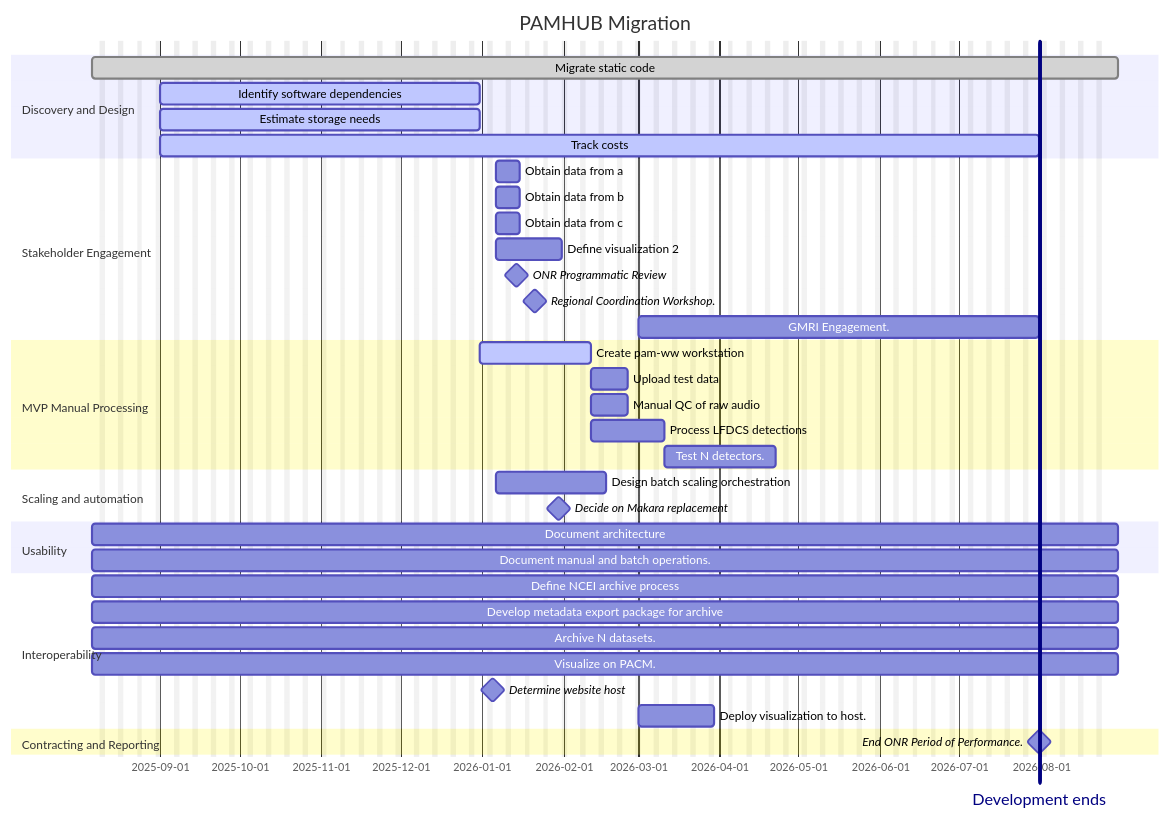
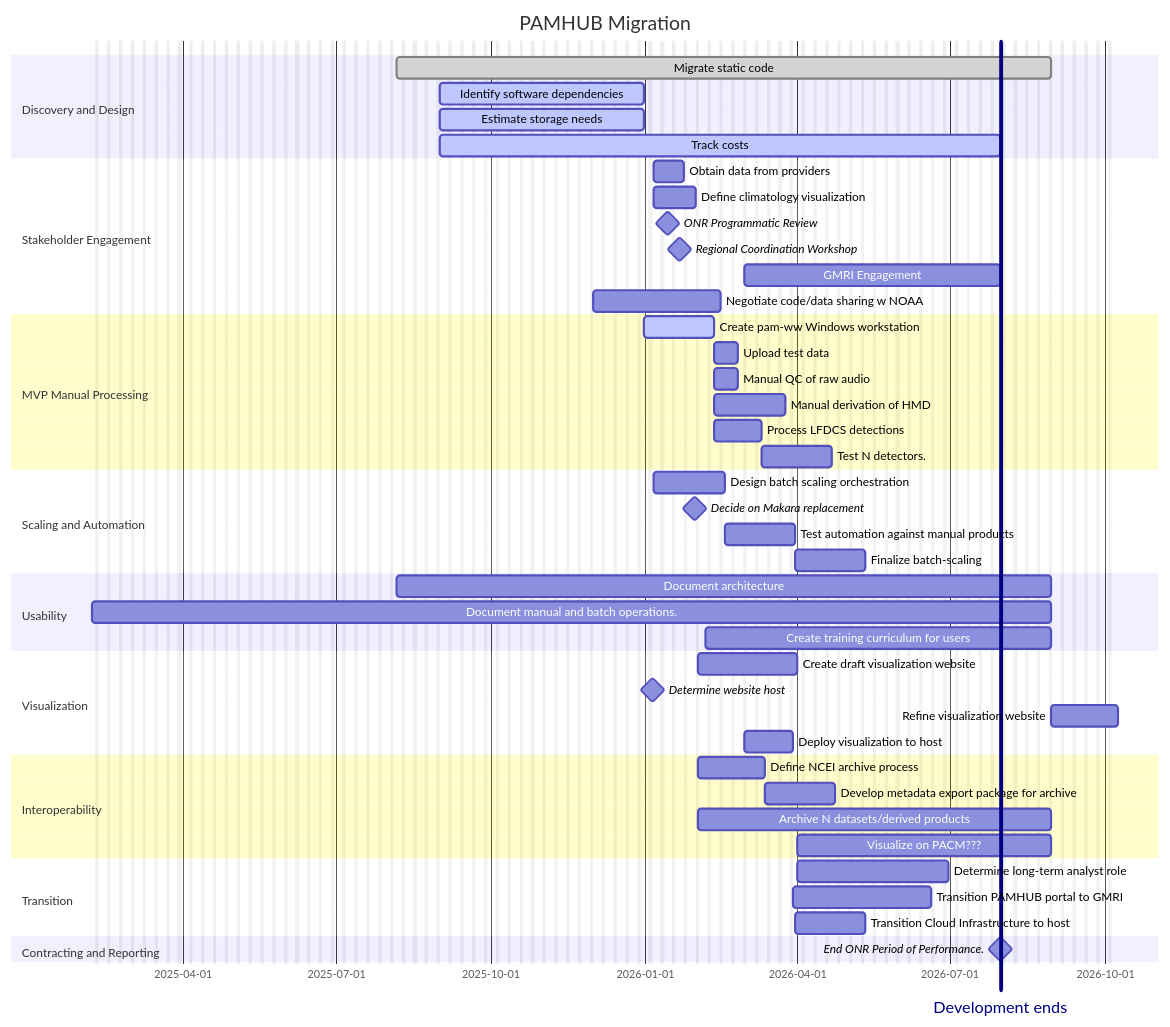
Before and after one commit to asascience-open/pam-cloud: the diagram in docs/roadmap.md, drawn with Mermaid. The commit also changed other lines of this file and 6 other files, not shown here.

````diff
--- a/docs/roadmap.md
+++ b/docs/roadmap.md
@@ -6,50 +6,62 @@
 ```mermaid
 gantt
     dateFormat  YYYY-MM-DD
     title       PAMHUB Migration
     excludes    weekends
     %% (`excludes` accepts specific dates in YYYY-MM-DD format, days of the week ("sunday") or "weekends", but not the word "weekdays".)
 
     section Discovery and Design
     Migrate static code                 :done,    dd1, 2025-08-06,2026-08-30
     Identify software dependencies      :active,  dd2, 2025-09-01, 2025-12-31
     Estimate storage needs              :active,  dd3, 2025-09-01, 2025-12-31
     Track costs                         :active,  cost, 2025-09-01, 2026-07-31
 
     section Stakeholder Engagement
-    Obtain data from a : se1, 2026-01-06,7d
-    Obtain data from b : se2, 2026-01-06,7d
-    Obtain data from c : se3, 2026-01-06,7d
-    Define visualization 2: se4, 2026-01-06, 2026-01-31
-    ONR Programmatic Review                :milestone, 2026-01-14, 0d
-    Regional Coordination Workshop.        : milestone, 2026-01-21, 0d
-    GMRI Engagement.  : se5, 2026-03-01, 2026-07-31
+    Obtain data from providers : se1, 2026-01-06,14d
+    Define climatology visualization  : se4, 2026-01-06, 2026-01-31
+    ONR Programmatic Review           :milestone, 2026-01-14, 0d
+    Regional Coordination Workshop    : milestone, 2026-01-21, 0d
+    GMRI Engagement           : se5, 2026-03-01, 2026-07-31
+    Negotiate code/data sharing w NOAA  : se6, 2025-12-01, 2026-02-15
 
     section MVP Manual Processing
-    Create pam-ww workstation               :active, man1, after dd2, 30d
+    Create pam-ww Windows workstation     :active, man1, after dd2, 30d
     Upload test data          : man2, after man1  , 10d
     Manual QC of raw audio    : man3, after man1  , 10d
+    Manual derivation of HMD  : man6, after man1, 30d
     Process LFDCS detections  : man4, after man1, 20d
     Test N detectors.         : man5, after man4, 30d
 
-    section Scaling and automation
-    Design batch scaling orchestration             :after doc1, 30d
+    section Scaling and Automation
+    Design batch scaling orchestration             :s1, after doc1, 30d
     Decide on Makara replacement      :milestone, 2026-01-30, 0d
+    Test automation against manual products : s3, after s1, 30d
+    Finalize batch-scaling    : s4, after s3, 30d
 
     section Usability
     Document architecture         : u1, 2025-08-06,2026-08-30
-    Document manual and batch operations. : 2025-08-06,2026-08-30
+    Document manual and batch operations. : u2, 2025-02-06,2026-08-30
+    Create training curriculum for users  : u3, 2026-02-06,2026-08-30
+
+    section Visualization
+    Create draft visualization website : v1, 2026-02-01, 2026-04-01
+    Determine website host : milestone, m2, 2026-01-05, 0d
+    Refine visualization website   : v2, after u3, 30d
+    Deploy visualization to host      : v3, 2026-03-01, 2026-03-30
 
     section Interoperability
-    Define NCEI archive process : 2025-08-06, 2026-08-30
-    Develop metadata export package for archive : 2025-08-06, 2026-08-30
-    Archive N datasets.  : 2025-08-06,2026-08-30
-    Visualize on PACM.   : 2025-08-06,2026-08-30
-    Determine website host : milestone, m2, 2026-01-05, 0d
-    Deploy visualization to host.      : 2026-03-01, 2026-03-30
+    Define NCEI archive process : i1, 2026-02-01, 30d
+    Develop metadata export package for archive : i2, after i1, 30d
+    Archive N datasets/derived products  : i3, 2026-02-01, 2026-08-30
+    Visualize on PACM???   : 2026-04-01, 2026-08-30
+
+    section Transition
+    Determine long-term analyst role  : t1, 2026-04-01, 2026-06-30
+    Transition PAMHUB portal to GMRI  : t2, after v3, 60d
+    Transition Cloud Infrastructure to host : t3, after s3, 30d
 
     section Contracting and Reporting
     End ONR Period of Performance.  : milestone, 2026-07-31,0d
     Development ends : vert, 2026-07-31
 
 ```
````
